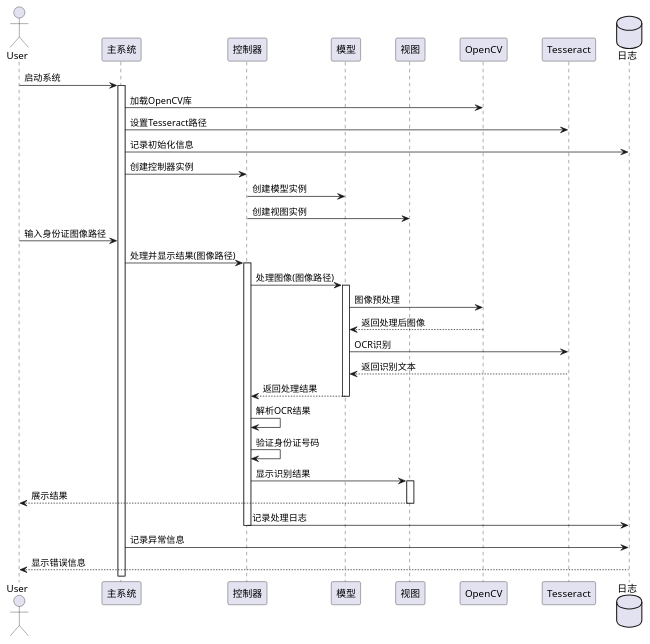
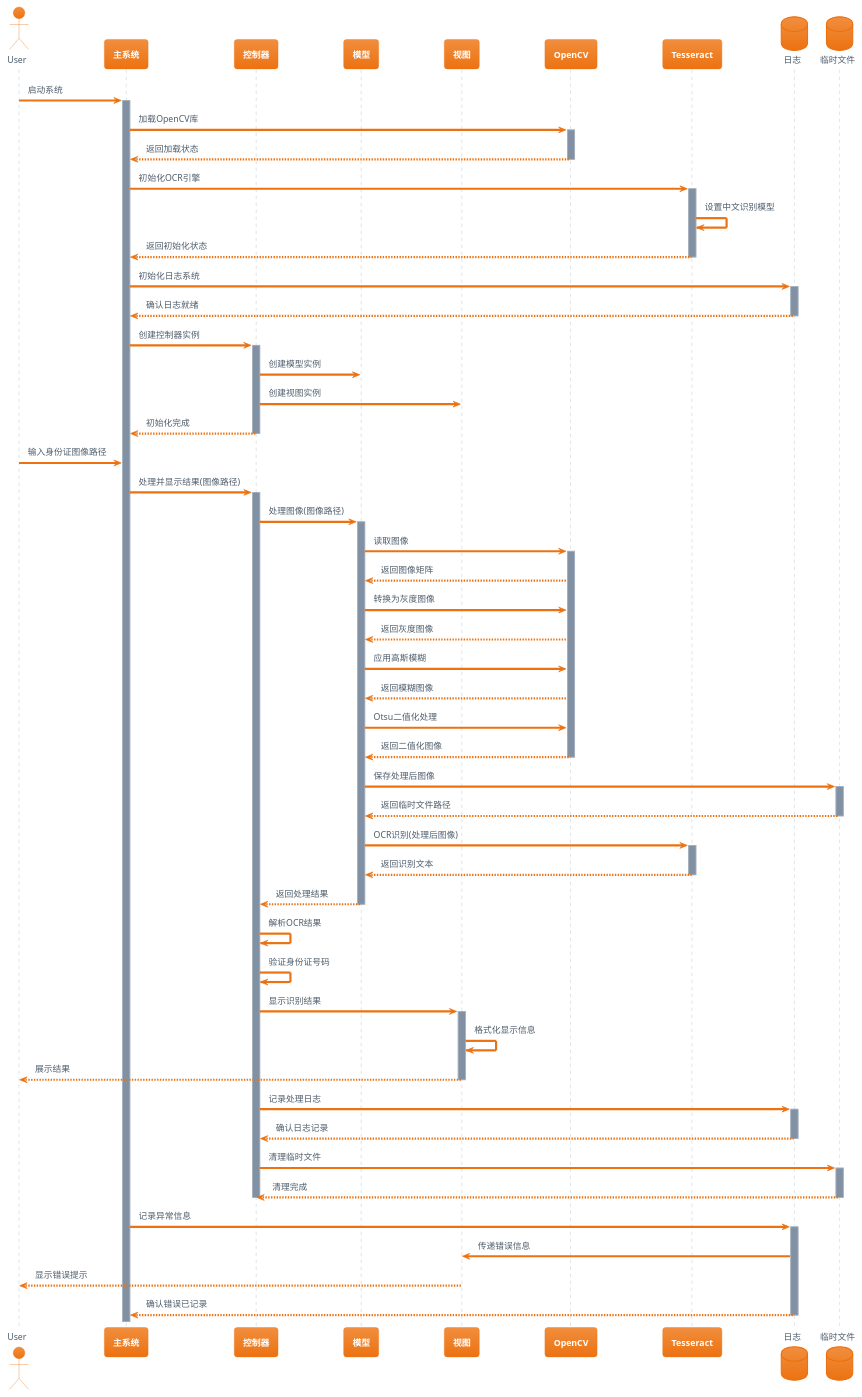
One commit to ctkqiang/chinese_identity_ocr changed the diagram in docs/diagrams/sequence.puml. Above: the diagram before and after it, drawn with PlantUML. The commit also changed 3 other files, not shown here.

```diff
--- a/docs/diagrams/sequence.puml
+++ b/docs/diagrams/sequence.puml
@@ -1,58 +1,115 @@
 @startuml 中华人民共和国居民身份证OCR识别系统
 
 skinparam ParticipantPadding 20
 skinparam BoxPadding 10
-skinparam SequenceGroupBodyBackgroundColor transparent
+skinparam SequenceGroupBodyBackgroundColor white
+skinparam ParticipantFontStyle bold
+skinparam BoxFontStyle bold
+
+!theme aws-orange
 
 actor User
 participant "主系统" as Main
 participant "控制器" as Controller
 participant "模型" as Model
 participant "视图" as View
 participant "OpenCV" as OpenCV
 participant "Tesseract" as Tesseract
 database "日志" as Logger
+database "临时文件" as TempFiles
 
-box "系统初始化" #LightBlue
+box "系统初始化阶段" #LightBlue
     User -> Main: 启动系统
     activate Main
+    
     Main -> OpenCV: 加载OpenCV库
-    Main -> Tesseract: 设置Tesseract路径
-    Main -> Logger: 记录初始化信息
+    activate OpenCV
+    OpenCV --> Main: 返回加载状态
+    deactivate OpenCV
+    
+    Main -> Tesseract: 初始化OCR引擎
+    activate Tesseract
+    Tesseract -> Tesseract: 设置中文识别模型
+    Tesseract --> Main: 返回初始化状态
+    deactivate Tesseract
+    
+    Main -> Logger: 初始化日志系统
+    activate Logger
+    Logger --> Main: 确认日志就绪
+    deactivate Logger
+    
     Main -> Controller: 创建控制器实例
+    activate Controller
     Controller -> Model: 创建模型实例
     Controller -> View: 创建视图实例
+    Controller --> Main: 初始化完成
+    deactivate Controller
 end box
 
 box "图像处理流程" #LightYellow
     User -> Main: 输入身份证图像路径
     Main -> Controller: 处理并显示结果(图像路径)
     activate Controller
     
     Controller -> Model: 处理图像(图像路径)
     activate Model
-    Model -> OpenCV: 图像预处理
-    OpenCV --> Model: 返回处理后图像
-    Model -> Tesseract: OCR识别
+    
+    Model -> OpenCV: 读取图像
+    activate OpenCV
+    OpenCV --> Model: 返回图像矩阵
+    
+    Model -> OpenCV: 转换为灰度图像
+    OpenCV --> Model: 返回灰度图像
+    
+    Model -> OpenCV: 应用高斯模糊
+    OpenCV --> Model: 返回模糊图像
+    
+    Model -> OpenCV: Otsu二值化处理
+    OpenCV --> Model: 返回二值化图像
+    deactivate OpenCV
+    
+    Model -> TempFiles: 保存处理后图像
+    activate TempFiles
+    TempFiles --> Model: 返回临时文件路径
+    deactivate TempFiles
+    
+    Model -> Tesseract: OCR识别(处理后图像)
+    activate Tesseract
     Tesseract --> Model: 返回识别文本
+    deactivate Tesseract
+    
     Model --> Controller: 返回处理结果
     deactivate Model
     
     Controller -> Controller: 解析OCR结果
     Controller -> Controller: 验证身份证号码
     
     Controller -> View: 显示识别结果
     activate View
+    View -> View: 格式化显示信息
     View --> User: 展示结果
     deactivate View
     
     Controller -> Logger: 记录处理日志
+    activate Logger
+    Logger --> Controller: 确认日志记录
+    deactivate Logger
+    
+    Controller -> TempFiles: 清理临时文件
+    activate TempFiles
+    TempFiles --> Controller: 清理完成
+    deactivate TempFiles
+    
     deactivate Controller
 end box
 
-box "错误处理" #LightPink
+box "错误处理流程" #LightPink
     Main -> Logger: 记录异常信息
-    Logger --> User: 显示错误信息
+    activate Logger
+    Logger -> View: 传递错误信息
+    View --> User: 显示错误提示
+    Logger --> Main: 确认错误已记录
+    deactivate Logger
 end box
 
 @enduml
```
